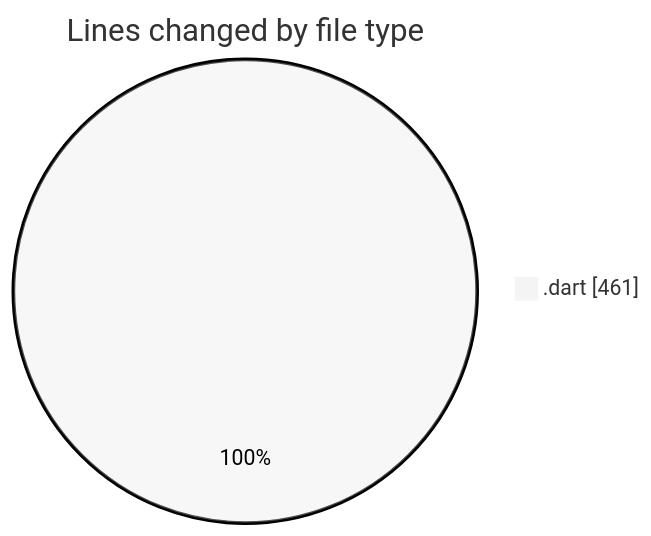
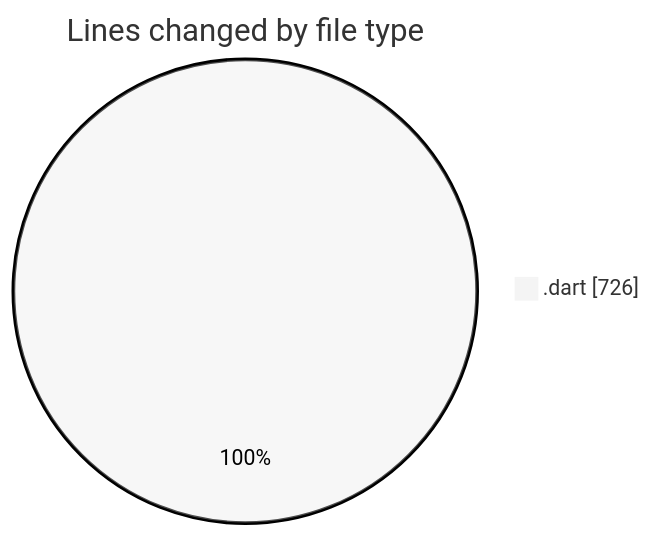
The first of 2 diagrams in 2025-03-08/uber_clone/README.md (donsfak/code-tracking), drawn with Mermaid (neutral theme) before and after one commit. The commit also changed other lines of this file and 1 other file, not shown here.

````diff
--- a/2025-03-08/uber_clone/README.md
+++ b/2025-03-08/uber_clone/README.md
@@ -21,5 +21,5 @@
 ```mermaid
 pie showData
 title Lines changed by file type
-".dart" : 461
+".dart" : 726
 ```
````
